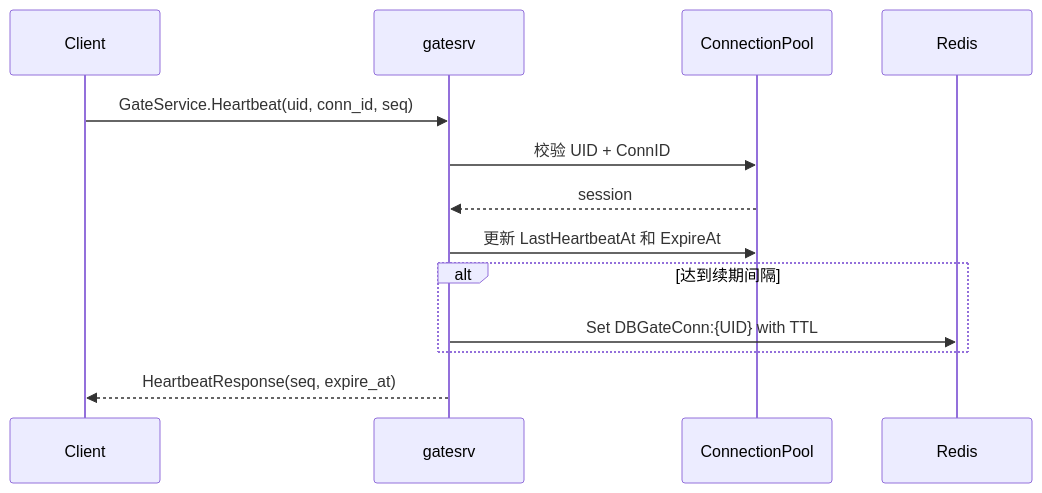
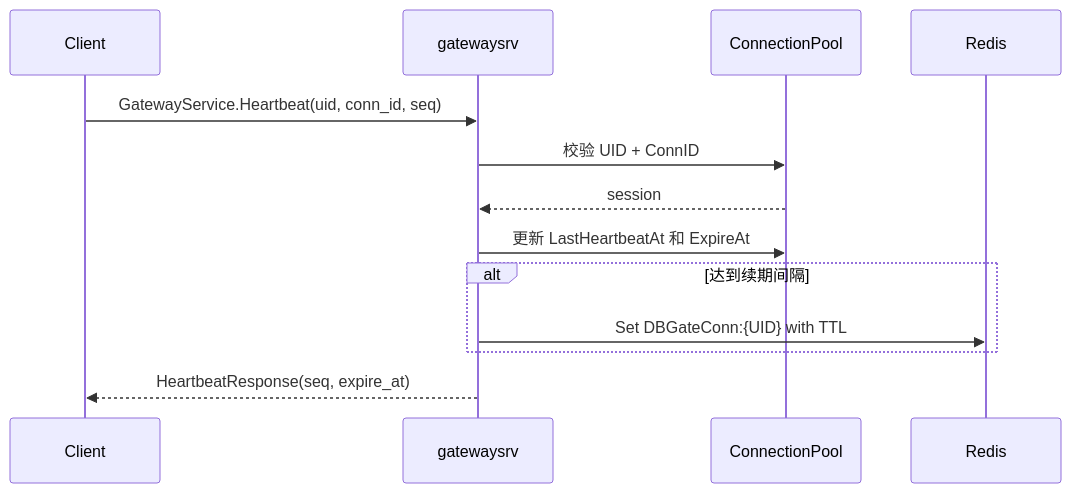
The second of 7 diagrams in docs/runtime-flows.md (zhanglei19960726/globalmail), drawn with Mermaid before and after one commit. The commit also changed other lines of this file and 114 other files, not shown here.

````diff
--- a/docs/runtime-flows.md
+++ b/docs/runtime-flows.md
@@ -106,16 +106,16 @@
 ```mermaid
 sequenceDiagram
     participant C as Client
-    participant G as gatesrv
+    participant G as gatewaysrv
     participant S as ConnectionPool
     participant R as Redis
 
-    C->>G: GateService.Heartbeat(uid, conn_id, seq)
+    C->>G: GatewayService.Heartbeat(uid, conn_id, seq)
     G->>S: 校验 UID + ConnID
     S-->>G: session
     G->>S: 更新 LastHeartbeatAt 和 ExpireAt
     alt 达到续期间隔
         G->>R: Set DBGateConn:{UID} with TTL
     end
     G-->>C: HeartbeatResponse(seq, expire_at)
 ```
````
